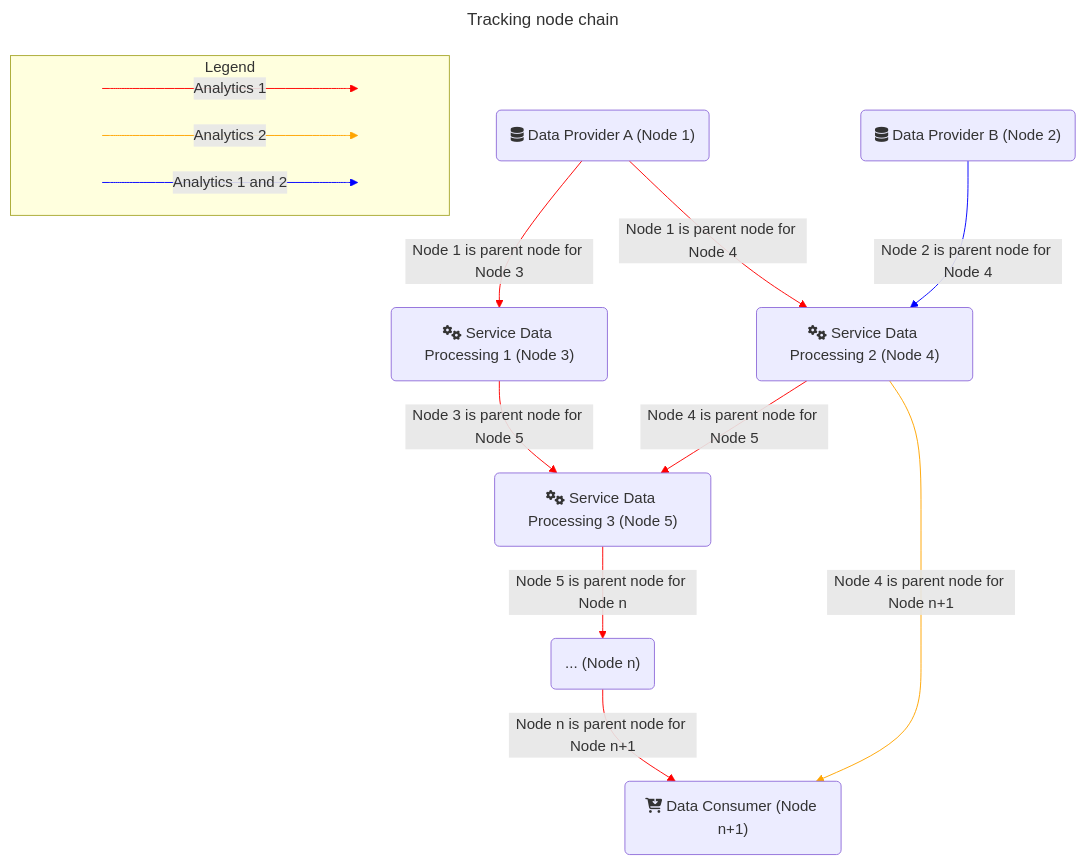
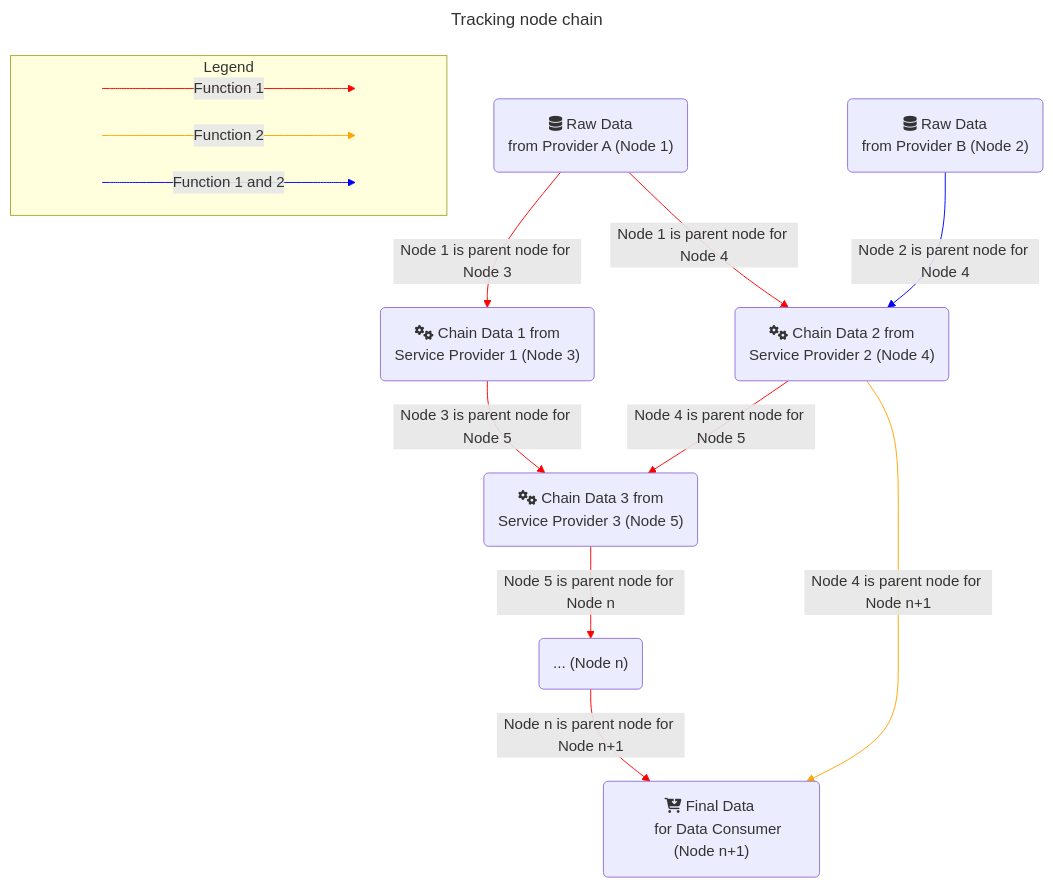
One commit to Prometheus-X-association/data-value-chain-tracker changed the first of 6 diagrams in docs/design-document.md. Above: the diagram before and after it, drawn with Mermaid. The commit also changed other lines of this file, not shown here.

````diff
--- a/docs/design-document.md
+++ b/docs/design-document.md
@@ -12,52 +17,58 @@
 ```mermaid
 ---
 title: Tracking node chain
 ---
 flowchart TD
 %% Nodes
-    A("fa:fa-database Data Provider A (Node 1)")
-    B("fa:fa-database Data Provider B (Node 2)")
-    C("fa:fa-gears Service Data Processing 1 (Node 3)")
-    D("fa:fa-gears Service Data Processing 2 (Node 4)")
-    E("fa:fa-gears Service Data Processing 3 (Node 5)")
+    A("fa:fa-database Raw Data 
+    from Provider A (Node 1)")
+    B("fa:fa-database Raw Data 
+    from Provider B (Node 2)")
+    C("fa:fa-gears Chain Data 1 from 
+    Service Provider 1 (Node 3)")
+    D("fa:fa-gears Chain Data 2 from 
+    Service Provider 2 (Node 4)")
+    E("fa:fa-gears Chain Data 3 from 
+    Service Provider 3 (Node 5)")
     F("... (Node n)")
-    G("fa:fa-cart-arrow-down Data Consumer (Node n+1)")
+    G("fa:fa-cart-arrow-down Final Data 
+    for Data Consumer (Node n+1)")
 
 %% Edge connections between nodes
     A -- Node 1 is parent node for Node 3 --> C
     A -- Node 1 is parent node for Node 4 --> D
     B -- Node 2 is parent node for Node 4 --> D
     C -- Node 3 is parent node for Node 5 --> E
     D -- Node 4 is parent node for Node 5 --> E
     E -- Node 5 is parent node for Node n --> F
     F -- Node n is parent node for Node n+1 --> G
     D -- Node 4 is parent node for Node n+1 --> G
 
 %% Add legend
     subgraph Legend
       direction LR
-      start1[ ] --->|Analytics 1| stop1[ ]
+      start1[ ] --->|Function 1| stop1[ ]
       style start1 height:0px;
       style stop1 height:0px;
-      start2[ ] --->|Analytics 2| stop2[ ]
+      start2[ ] --->|Function 2| stop2[ ]
       style start2 height:0px;
       style stop2 height:0px;
-      start3[ ] --->|Analytics 1 and 2| stop3[ ]
+      start3[ ] --->|Function 1 and 2| stop3[ ]
       style start3 height:0px;
       style stop3 height:0px; 
     end
 
 %% Styling the arrow to fit with the legend
     linkStyle 0 stroke:red;
     linkStyle 1 stroke:red;
     linkStyle 2 stroke:Blue;
     linkStyle 3 stroke:red;
     linkStyle 4 stroke:red;
     linkStyle 5 stroke:red;
     linkStyle 6 stroke:red;
     linkStyle 7 stroke:orange;
     %% arrow legend
     linkStyle 8 stroke:red;
     linkStyle 9 stroke:orange;
     linkStyle 10 stroke:Blue;
 ```
````
